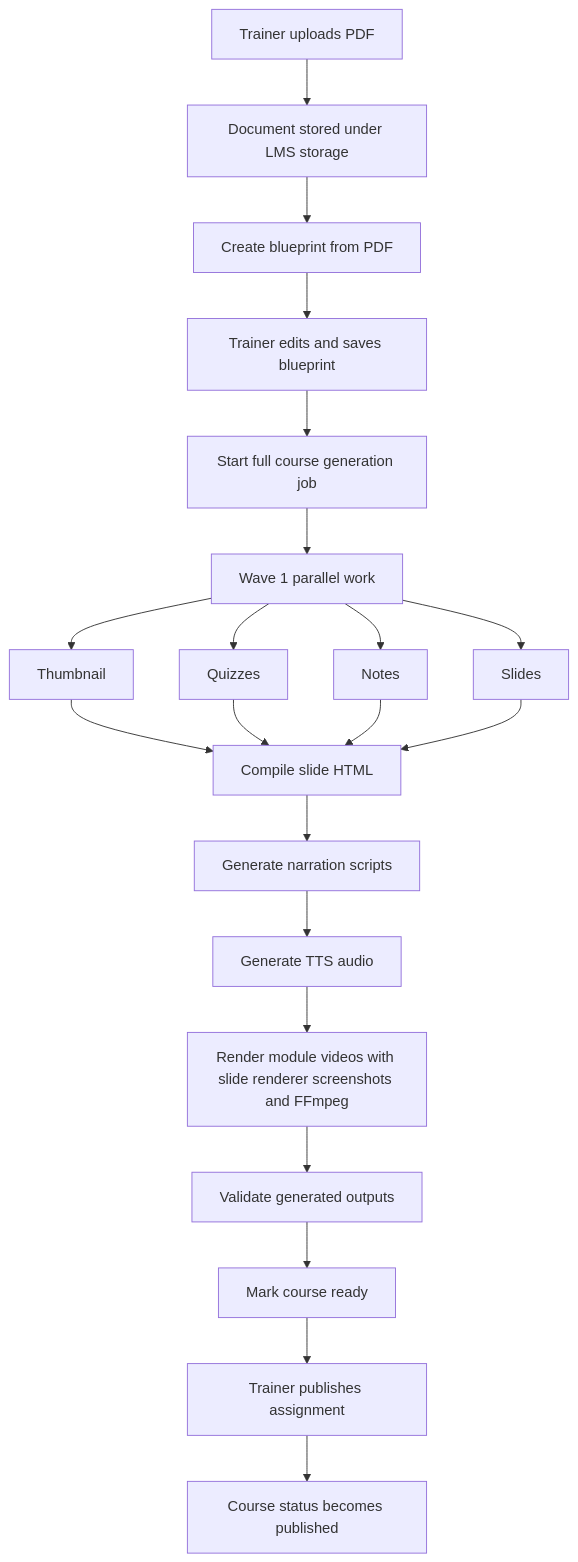
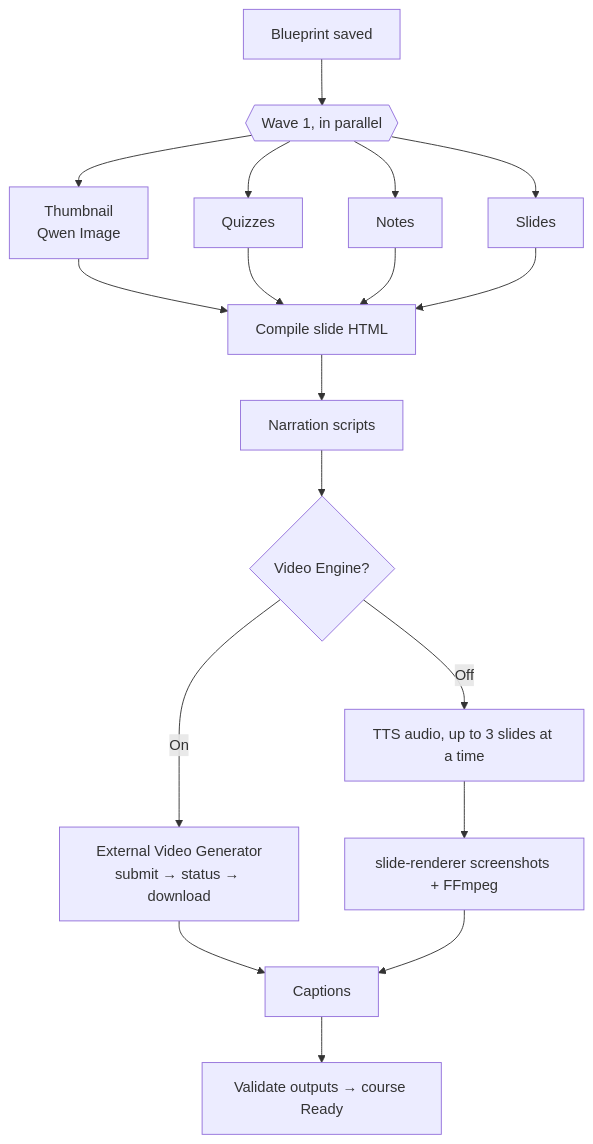
The third of 5 diagrams in README.md (PraharshSrivastava/learning-management), drawn with Mermaid before and after one commit. The commit also changed other lines of this file and 14 other files, not shown here.

First line of the commit message:
Rewrite README and add architecture guide and module READMEs

````diff
--- a/README.md
+++ b/README.md
@@ -269,26 +95,17 @@
 ```mermaid
 flowchart TD
-    A[Trainer uploads PDF] --> B[Document stored under LMS storage]
-    B --> C[Create blueprint from PDF]
-    C --> D[Trainer edits and saves blueprint]
-    D --> E[Start full course generation job]
-
-    E --> F[Wave 1 parallel work]
-    F --> F1[Thumbnail]
-    F --> F2[Quizzes]
-    F --> F3[Notes]
-    F --> F4[Slides]
-
-    F1 --> G[Compile slide HTML]
-    F2 --> G
-    F3 --> G
-    F4 --> G
-
-    G --> H[Generate narration scripts]
-    H --> I[Generate TTS audio]
-    I --> J[Render module videos with slide renderer screenshots and FFmpeg]
-    J --> K[Validate generated outputs]
-    K --> L[Mark course ready]
-    L --> M[Trainer publishes assignment]
-    M --> N[Course status becomes published]
+    A[Blueprint saved] --> W1{{Wave 1, in parallel}}
+    W1 --> T1[Thumbnail<br/>Qwen Image]
+    W1 --> T2[Quizzes]
+    W1 --> T3[Notes]
+    W1 --> T4[Slides]
+    T1 & T2 & T3 & T4 --> H[Compile slide HTML]
+    H --> S[Narration scripts]
+    S --> Q{Video Engine?}
+    Q -- On --> VG[External Video Generator<br/>submit → status → download]
+    Q -- Off --> TTS[TTS audio, up to 3 slides at a time]
+    TTS --> R[slide-renderer screenshots + FFmpeg]
+    VG --> C[Captions]
+    R --> C
+    C --> P[Validate outputs → course Ready]
 ```
````
